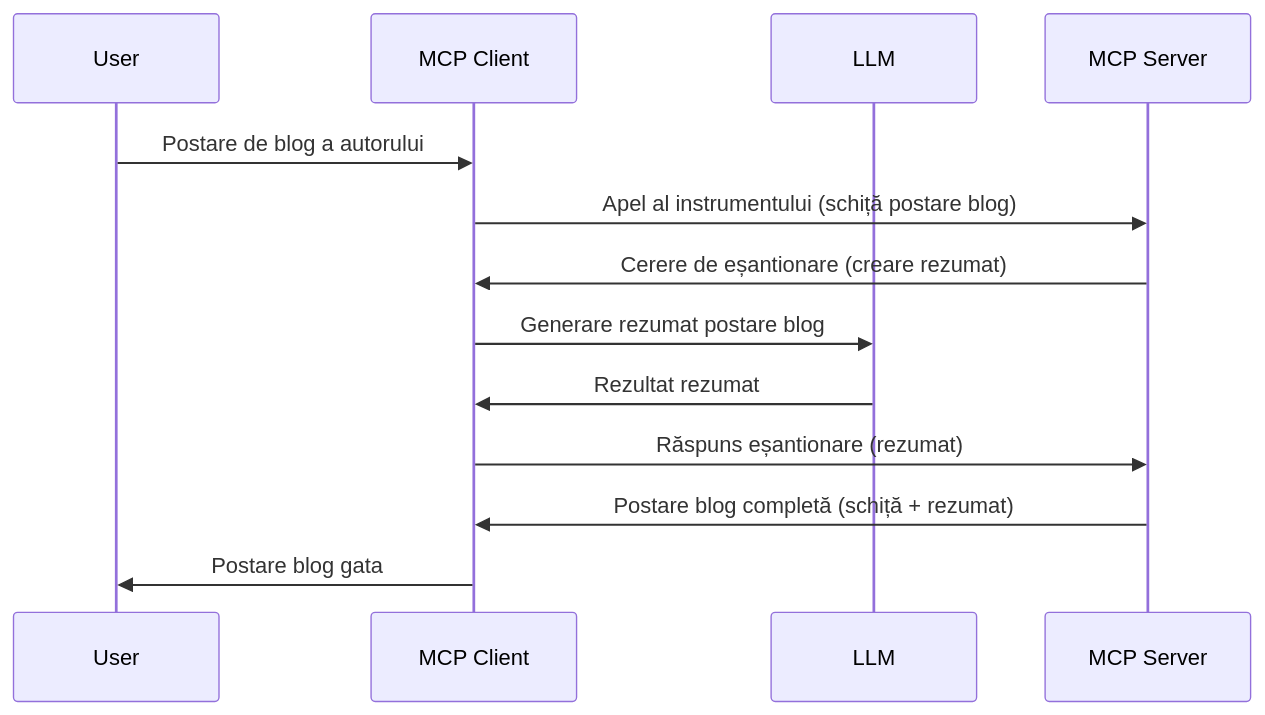
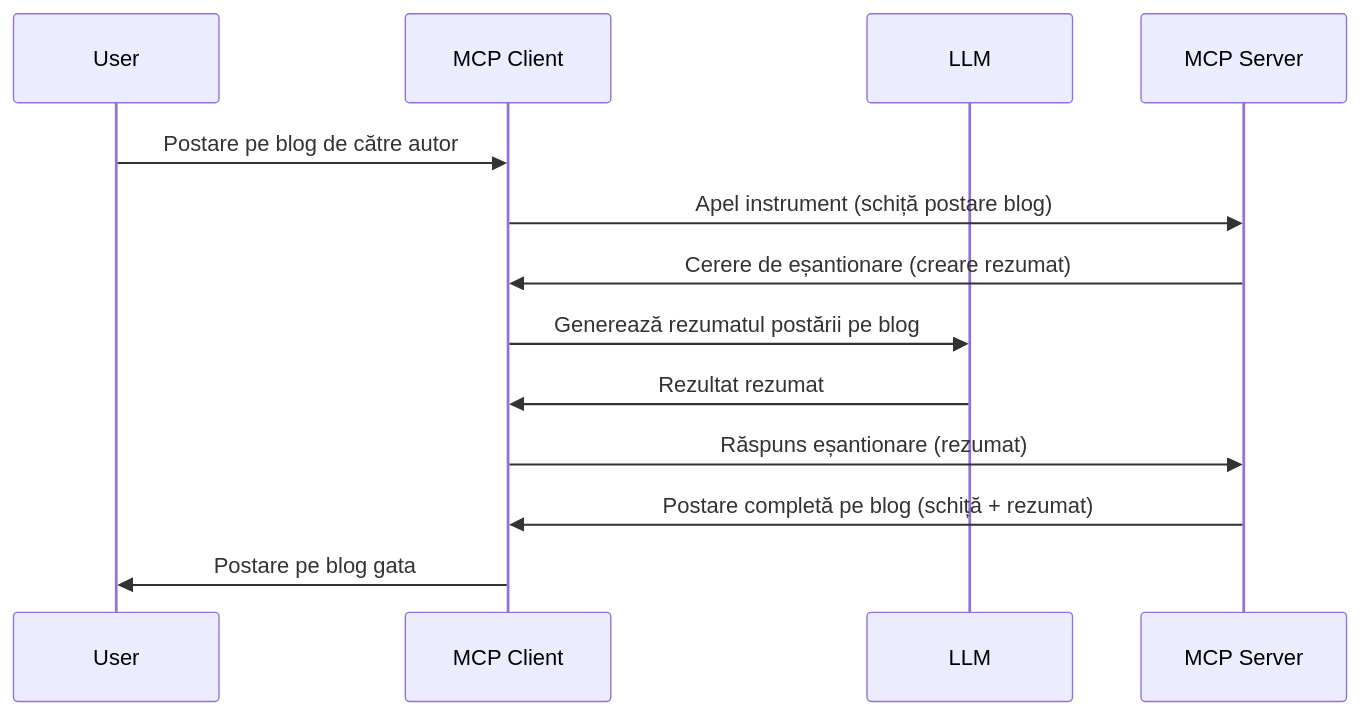
The diagram in mcp_ecosystem__model_context_protocol/mcp_learning_resources/mcp-for-beginners/translations/ro/03-GettingStarted/14-sampling/README.md (HIDORAKAI002/ai-workspace-archive), drawn with Mermaid before and after one commit. The commit also changed other lines of this file and 5748 other files, not shown here.

Commit message:
chore(sync): update MCP Python SDK, MCP TypeScript SDK, Supabase MCP, Kubernetes MCP Server, Git MCP, MCP Agent, Awesome ChatGPT Prompts, Langfuse, +62 more

````diff
--- a/mcp_ecosystem__model_context_protocol/mcp_learning_resources/mcp-for-beginners/translations/ro/03-GettingStarted/14-sampling/README.md
+++ b/mcp_ecosystem__model_context_protocol/mcp_learning_resources/mcp-for-beginners/translations/ro/03-GettingStarted/14-sampling/README.md
@@ -25,16 +27,16 @@
 ```mermaid
 sequenceDiagram
     participant User
     participant MCP Client
     participant LLM
     participant MCP Server
 
-    User->>MCP Client: Postare de blog a autorului
-    MCP Client->>MCP Server: Apel al instrumentului (schiță postare blog)
+    User->>MCP Client: Postare pe blog de către autor
+    MCP Client->>MCP Server: Apel instrument (schiță postare blog)
     MCP Server->>MCP Client: Cerere de eșantionare (creare rezumat)
-    MCP Client->>LLM: Generare rezumat postare blog
+    MCP Client->>LLM: Generează rezumatul postării pe blog
     LLM->>MCP Client: Rezultat rezumat
     MCP Client->>MCP Server: Răspuns eșantionare (rezumat)
-    MCP Server->>MCP Client: Postare blog completă (schiță + rezumat)
-    MCP Client->>User: Postare blog gata
+    MCP Server->>MCP Client: Postare completă pe blog (schiță + rezumat)
+    MCP Client->>User: Postare pe blog gata
 ```
````
